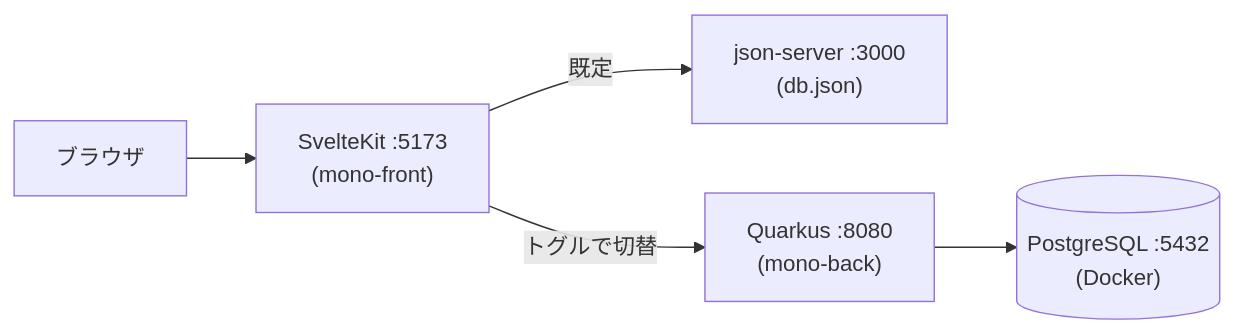
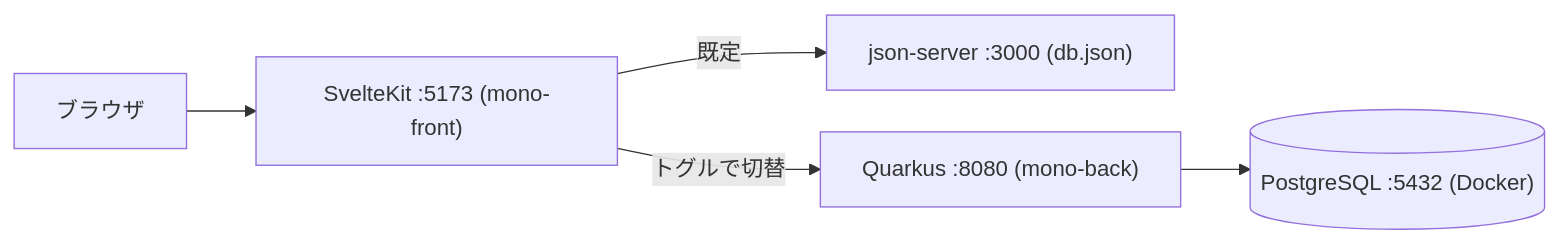
The diagram in README.md (khkmgch/mono-training), drawn with Mermaid before and after one commit.

Commit message:
docs: flatten architecture diagram so it displays fully

````diff
--- a/README.md
+++ b/README.md
@@ -19,7 +19,8 @@
 ```mermaid
+%%{init: {'flowchart': {'nodeSpacing': 30}}}%%
 graph LR
-    Browser["ブラウザ"] --> Front["SvelteKit :5173<br>(mono-front)"]
-    Front -- "既定" --> Mock["json-server :3000<br>(db.json)"]
-    Front -- "トグルで切替" --> Back["Quarkus :8080<br>(mono-back)"]
-    Back --> DB[("PostgreSQL :5432<br>(Docker)")]
+    Browser["ブラウザ"] --> Front["SvelteKit :5173 (mono-front)"]
+    Front -- "既定" --> Mock["json-server :3000 (db.json)"]
+    Front -- "トグルで切替" --> Back["Quarkus :8080 (mono-back)"]
+    Back --> DB[("PostgreSQL :5432 (Docker)")]
 ```
````
